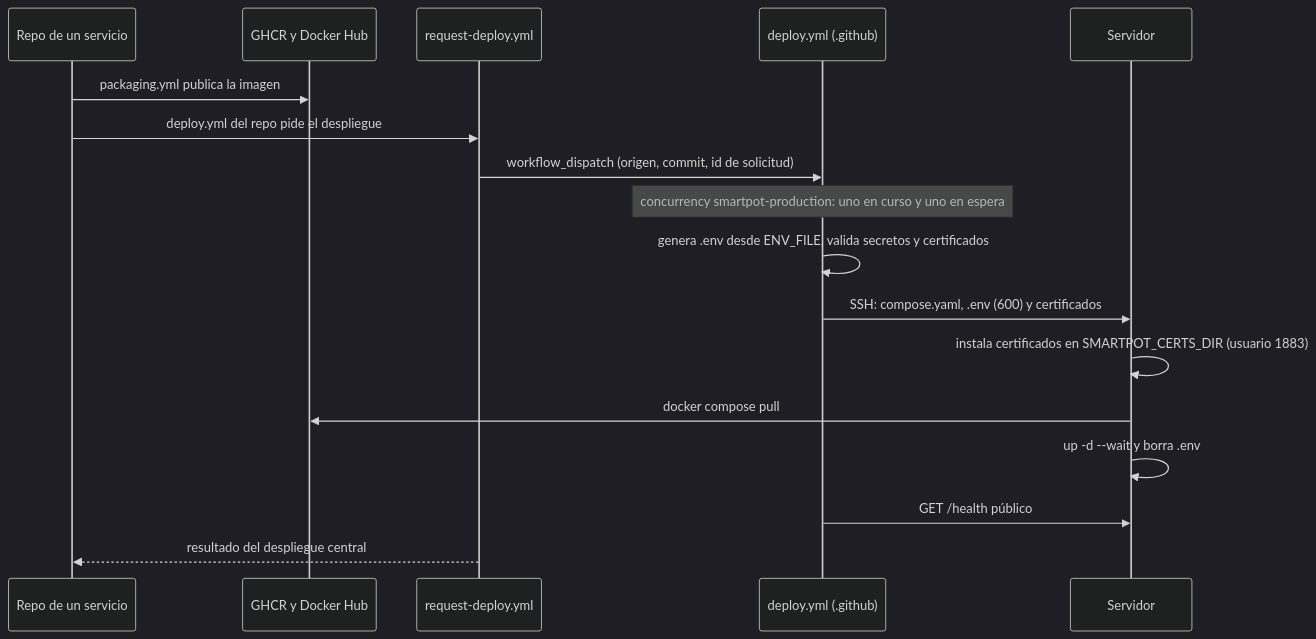
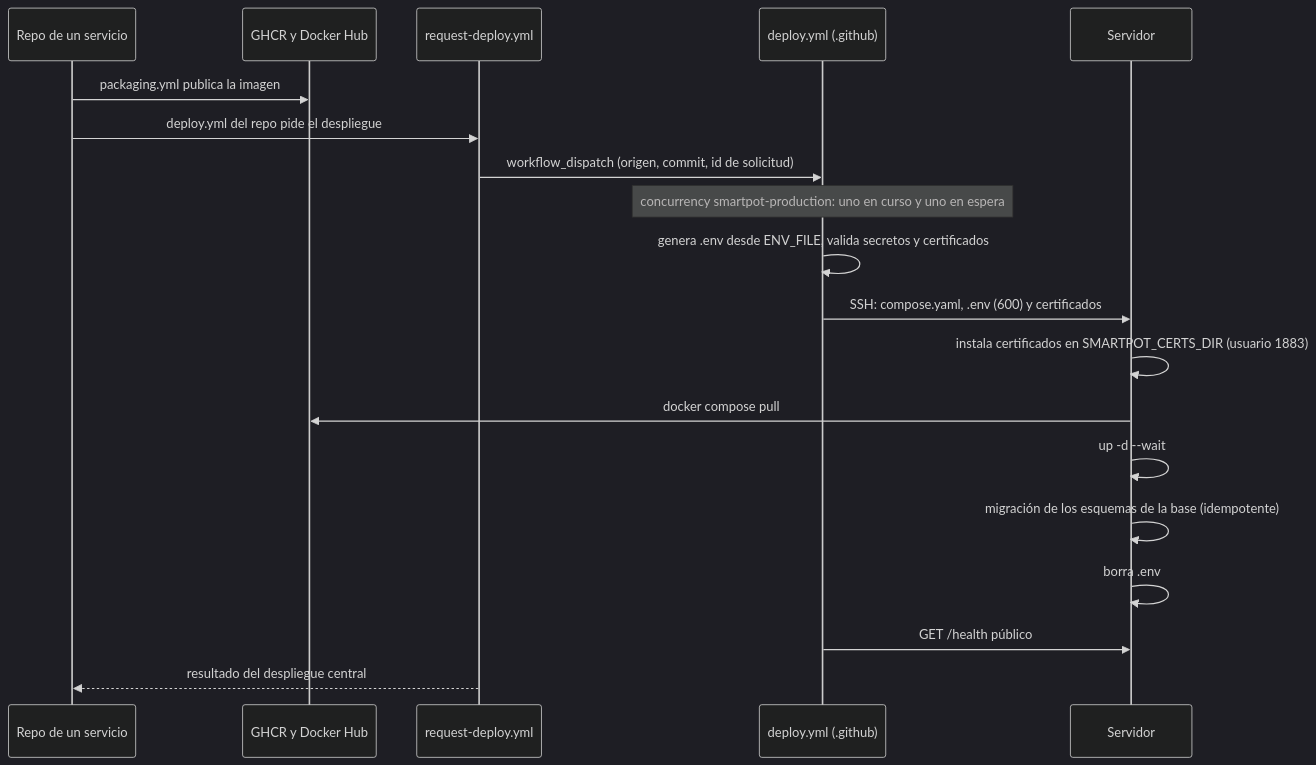
Before and after one commit to SmartPotTech/.github: the second of 2 diagrams in docker/production/README.md, drawn with Mermaid (dark theme). The commit also changed other lines of this file, not shown here.

````diff
--- a/docker/production/README.md
+++ b/docker/production/README.md
@@ -78,19 +78,21 @@
 ```mermaid
 sequenceDiagram
   participant R as Repo de un servicio
   participant G as GHCR y Docker Hub
   participant Q as request-deploy.yml
   participant D as deploy.yml (.github)
   participant S as Servidor
   R->>G: packaging.yml publica la imagen
   R->>Q: deploy.yml del repo pide el despliegue
   Q->>D: workflow_dispatch (origen, commit, id de solicitud)
   Note over D: concurrency smartpot-production: uno en curso y uno en espera
   D->>D: genera .env desde ENV_FILE, valida secretos y certificados
   D->>S: SSH: compose.yaml, .env (600) y certificados
   S->>S: instala certificados en SMARTPOT_CERTS_DIR (usuario 1883)
   S->>G: docker compose pull
-  S->>S: up -d --wait y borra .env
+  S->>S: up -d --wait
+  S->>S: migración de los esquemas de la base (idempotente)
+  S->>S: borra .env
   D->>S: GET /health público
   Q-->>R: resultado del despliegue central
 ```
````
